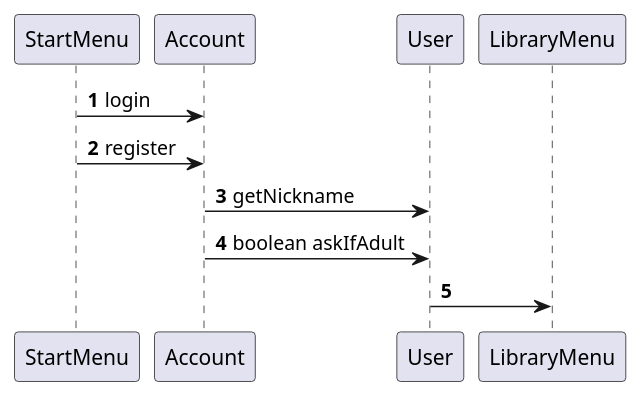
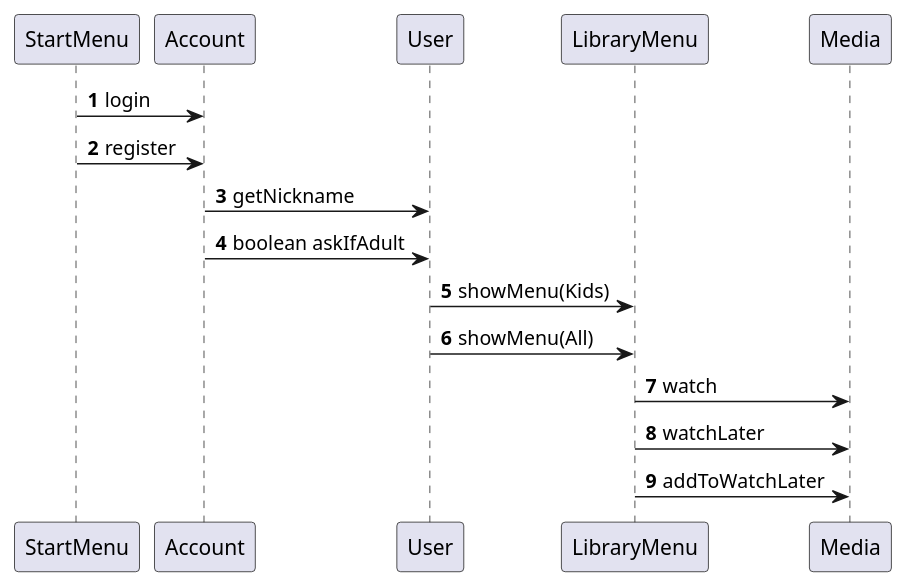
Before and after one commit to ConfuzzedCat/SP3_TextFlix: the diagram in Sekvensdiagram.puml, drawn with PlantUML. The commit also changed 1 other file, not shown here.

Commit message:
Sekvensdiagrammer

```diff
--- a/Sekvensdiagram.puml
+++ b/Sekvensdiagram.puml
@@ -1,14 +1,21 @@
 @startuml
 'https://plantuml.com/sequence-diagram
 
 autonumber
 StartMenu -> Account : login
 StartMenu -> Account : register
 
 Account -> User : getNickname
 Account -> User : boolean askIfAdult
 
-User -> LibraryMenu :
+User -> LibraryMenu : showMenu(Kids)
+User -> LibraryMenu : showMenu(All)
+
+LibraryMenu -> Media : watch
+LibraryMenu -> Media : watchLater
+LibraryMenu -> Media : addToWatchLater
+
+
 
 
 @enduml
```
